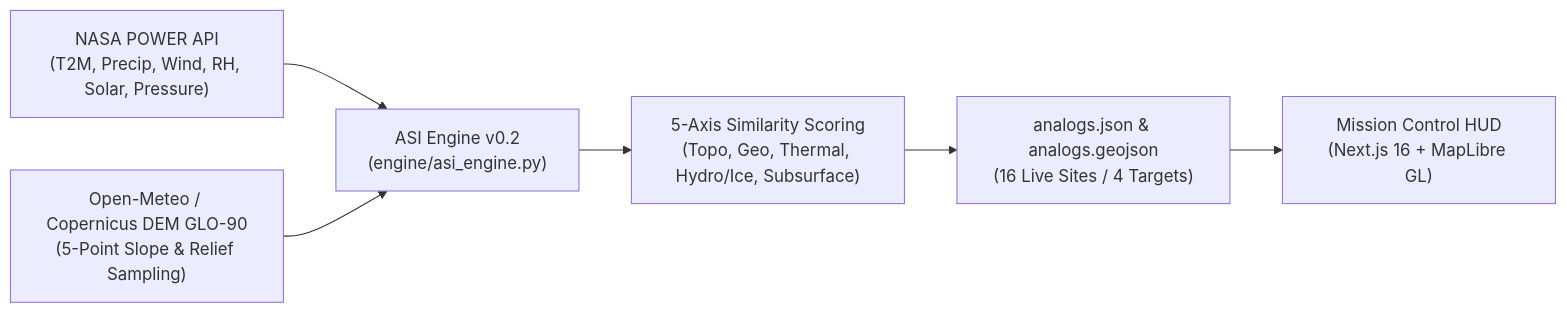
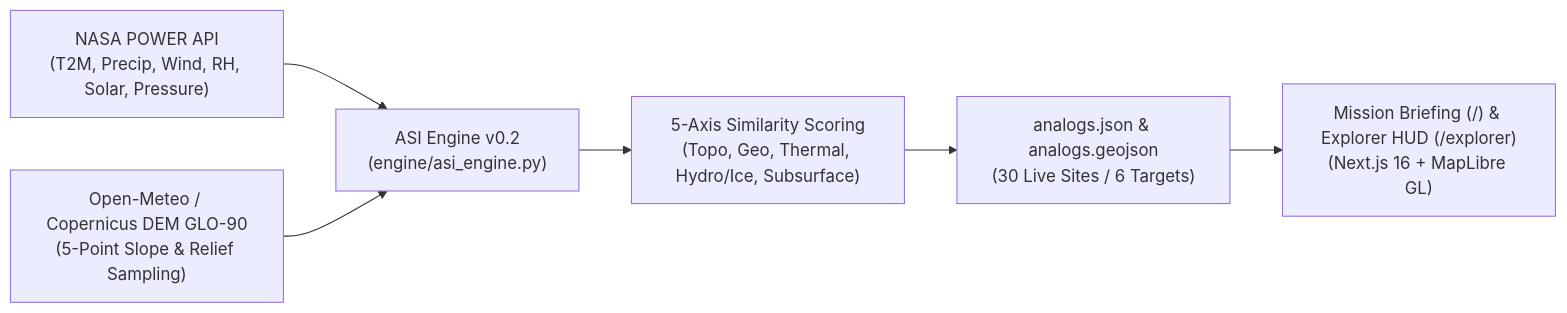
One commit to FakeCxbas/Atlania changed the diagram in README.md. Above: the diagram before and after it, drawn with Mermaid. The commit also changed other lines of this file and 21 other files, not shown here.

Commit message:
feat(landing): add TERR-ANALOG Mission Briefing landing page and /explorer route (closes #36) (#37)

````diff
--- a/README.md
+++ b/README.md
@@ -24,8 +24,8 @@
 ```mermaid
 flowchart LR
     A["NASA POWER API<br/>(T2M, Precip, Wind, RH, Solar, Pressure)"] --> C["ASI Engine v0.2<br/>(engine/asi_engine.py)"]
     B["Open-Meteo / Copernicus DEM GLO-90<br/>(5-Point Slope & Relief Sampling)"] --> C
     C --> D["5-Axis Similarity Scoring<br/>(Topo, Geo, Thermal, Hydro/Ice, Subsurface)"]
-    D --> E["analogs.json & analogs.geojson<br/>(16 Live Sites / 4 Targets)"]
-    E --> F["Mission Control HUD<br/>(Next.js 16 + MapLibre GL)"]
+    D --> E["analogs.json & analogs.geojson<br/>(30 Live Sites / 6 Targets)"]
+    E --> F["Mission Briefing (/) & Explorer HUD (/explorer)<br/>(Next.js 16 + MapLibre GL)"]
 ```
````
